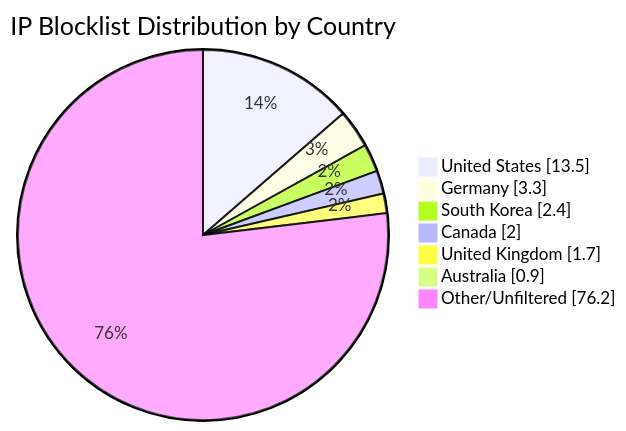
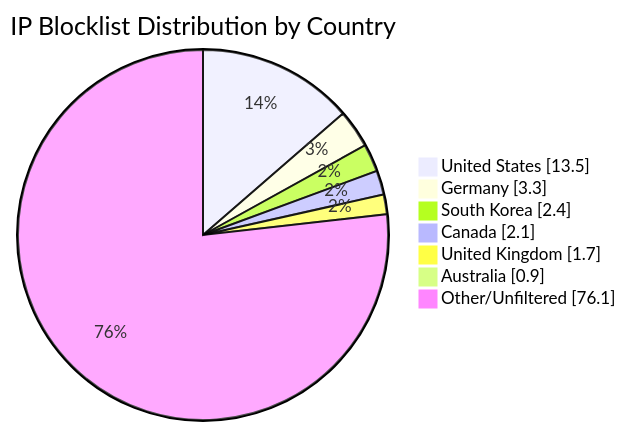
Before and after one commit to MarcusHoltz/ipblocklist-geofiltered-aggregator: the diagram in README.md, drawn with Mermaid. The commit also changed other lines of this file and 9 other files, not shown here.

````diff
--- a/README.md
+++ b/README.md
@@ -34,10 +34,10 @@
 ```mermaid
 pie showData title IP Blocklist Distribution by Country
 "United States" : 13.5
 "Germany" : 3.3
 "South Korea" : 2.4
-"Canada" : 2.0
+"Canada" : 2.1
 "United Kingdom" : 1.7
 "Australia" : 0.9
-"Other/Unfiltered" : 76.2
+"Other/Unfiltered" : 76.1
 ```
````
